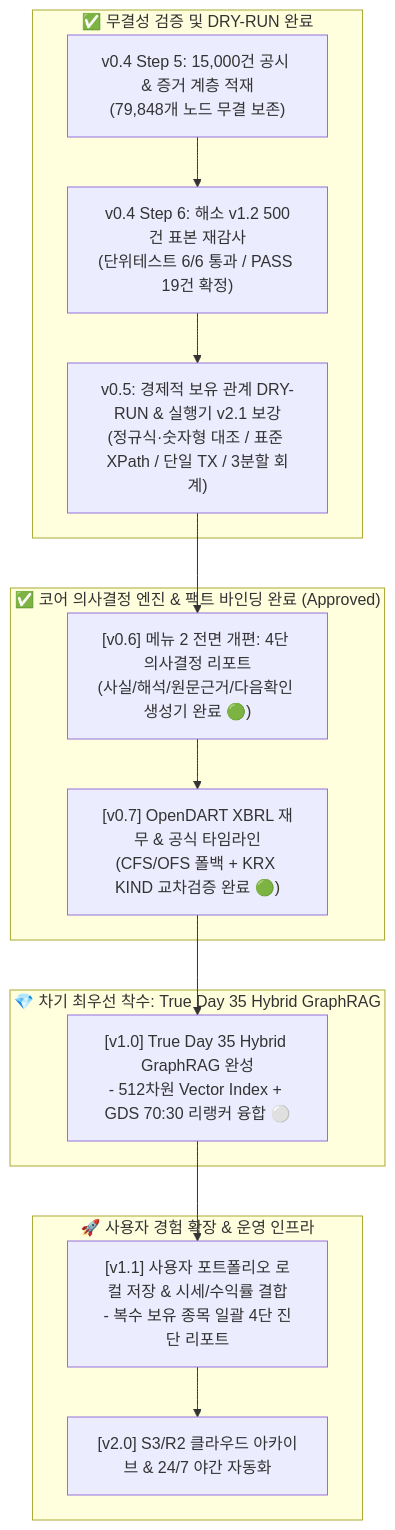
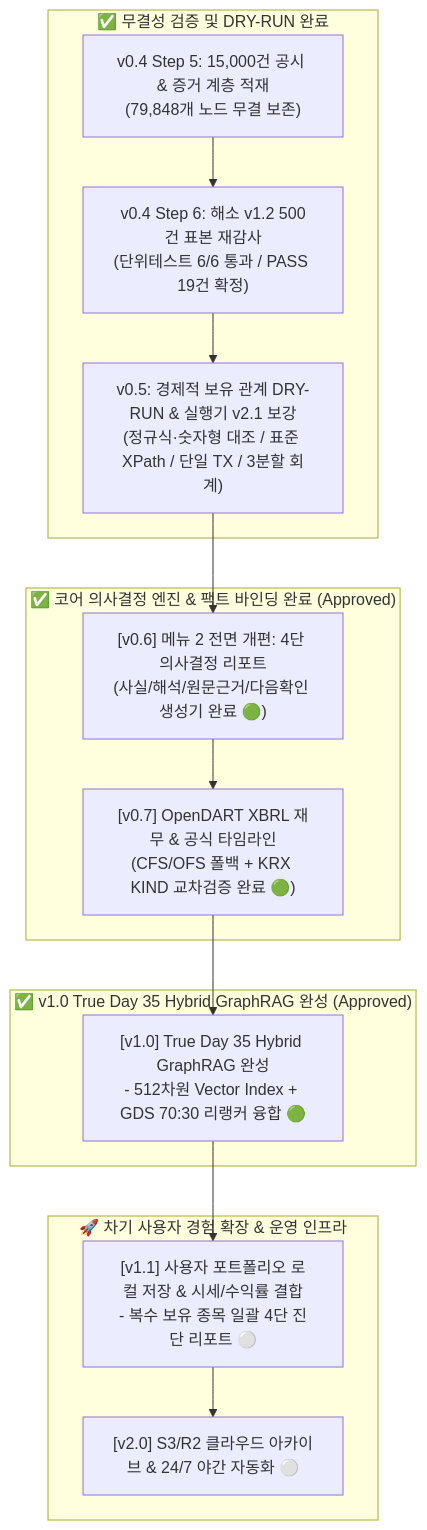
The diagram in 내작업폴더/schedule.md (mycar4/enkoa-practice-knowledge-graph), drawn with Mermaid before and after one commit. The commit also changed other lines of this file and 5 other files, not shown here.

Commit message:
feat(v1.0): True Day 35 Hybrid GraphRAG 완성 및 불변 계약 8대 전수 검증 준수

````diff
--- a/내작업폴더/schedule.md
+++ b/내작업폴더/schedule.md
@@ -69,26 +70,26 @@
 ```mermaid
 flowchart TD
     subgraph Phase_v04_v05 ["✅ 무결성 검증 및 DRY-RUN 완료"]
         S5["v0.4 Step 5: 15,000건 공시 & 증거 계층 적재\n(79,848개 노드 무결 보존)"]
         S6["v0.4 Step 6: 해소 v1.2 500건 표본 재감사\n(단위테스트 6/6 통과 / PASS 19건 확정)"]
         V05["v0.5: 경제적 보유 관계 DRY-RUN & 실행기 v2.1 보강\n(정규식·숫자형 대조 / 표준 XPath / 단일 TX / 3분할 회계)"]
         S5 --> S6 --> V05
     end
 
     subgraph Phase_v06_v07 ["✅ 코어 의사결정 엔진 & 팩트 바인딩 완료 (Approved)"]
         V06["[v0.6] 메뉴 2 전면 개편: 4단 의사결정 리포트\n(사실/해석/원문근거/다음확인 생성기 완료 🟢)"]
         V07["[v0.7] OpenDART XBRL 재무 & 공식 타임라인\n(CFS/OFS 폴백 + KRX KIND 교차검증 완료 🟢)"]
         V05 --> V06 --> V07
     end
 
-    subgraph Phase_v10 ["💎 차기 최우선 착수: True Day 35 Hybrid GraphRAG"]
-        V10["[v1.0] True Day 35 Hybrid GraphRAG 완성\n- 512차원 Vector Index + GDS 70:30 리랭커 융합 ⚪"]
+    subgraph Phase_v10 ["✅ v1.0 True Day 35 Hybrid GraphRAG 완성 (Approved)"]
+        V10["[v1.0] True Day 35 Hybrid GraphRAG 완성\n- 512차원 Vector Index + GDS 70:30 리랭커 융합 🟢"]
         V07 --> V10
     end
 
-    subgraph Phase_v11_v20 ["🚀 사용자 경험 확장 & 운영 인프라"]
-        V11["[v1.1] 사용자 포트폴리오 로컬 저장 & 시세/수익률 결합\n- 복수 보유 종목 일괄 4단 진단 리포트"]
-        V20["[v2.0] S3/R2 클라우드 아카이브 & 24/7 야간 자동화"]
+    subgraph Phase_v11_v20 ["🚀 차기 사용자 경험 확장 & 운영 인프라"]
+        V11["[v1.1] 사용자 포트폴리오 로컬 저장 & 시세/수익률 결합\n- 복수 보유 종목 일괄 4단 진단 리포트 ⚪"]
+        V20["[v2.0] S3/R2 클라우드 아카이브 & 24/7 야간 자동화 ⚪"]
         V10 --> V11 --> V20
     end
 ```
````
